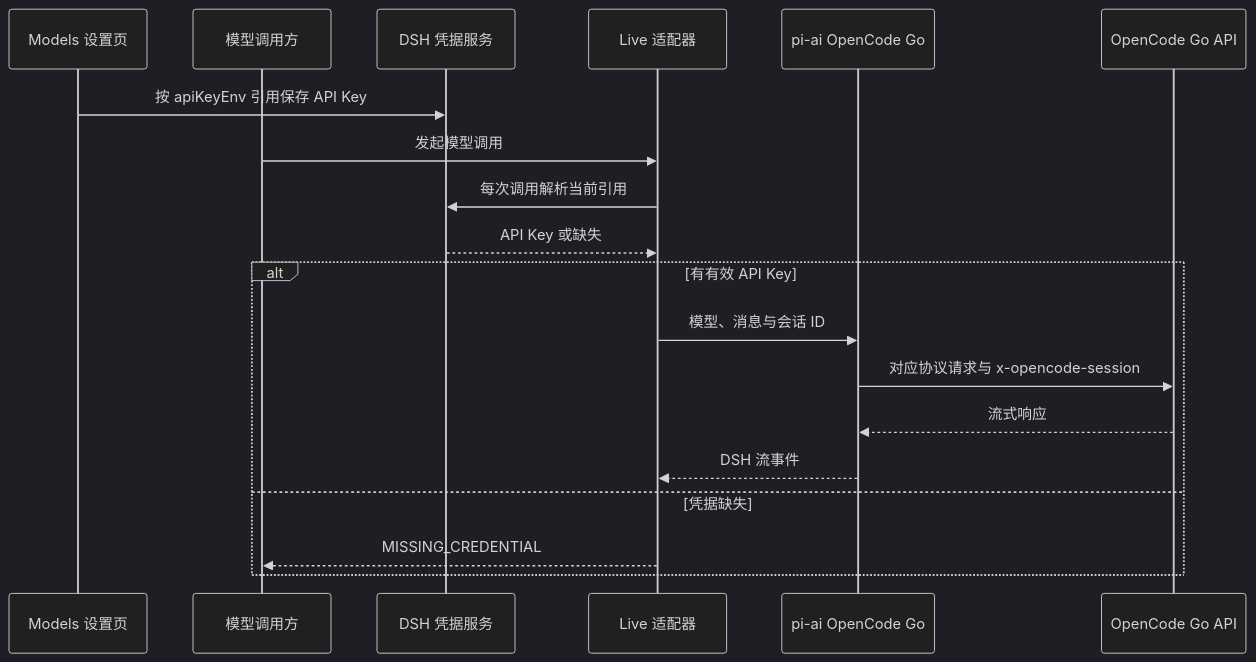
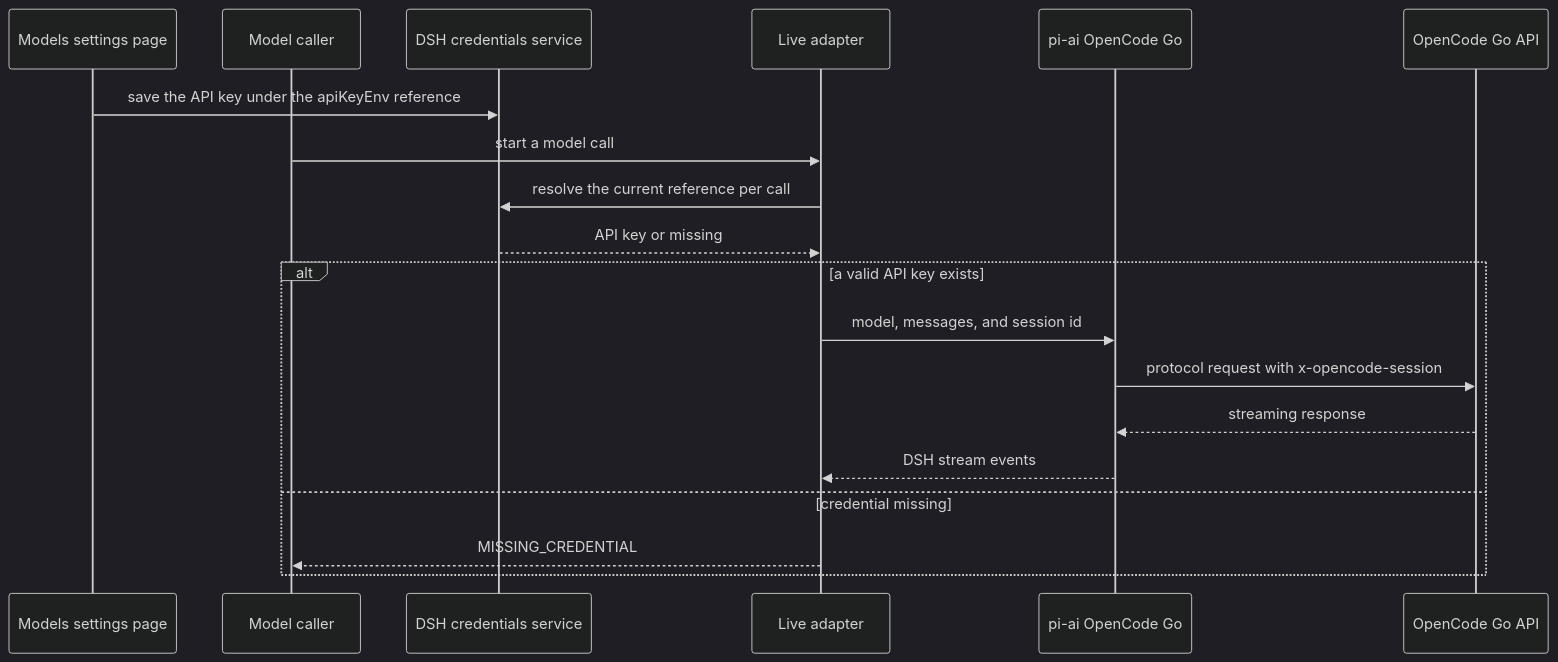
One commit to SkylerFee/dsh-llm-opencode-go-live changed the third of 3 diagrams in docs/opencode-go-live-dynamic-catalog-design.md. Above: the diagram before and after it, drawn with Mermaid (dark theme). The commit also changed other lines of this file and 7 other files, not shown here.

````diff
--- a/docs/opencode-go-live-dynamic-catalog-design.md
+++ b/docs/opencode-go-live-dynamic-catalog-design.md
@@ -77,21 +79,21 @@
 ```mermaid
 sequenceDiagram
-    participant UI as Models 设置页
-    participant Caller as 模型调用方
-    participant Credentials as DSH 凭据服务
-    participant Adapter as Live 适配器
+    participant UI as Models settings page
+    participant Caller as Model caller
+    participant Credentials as DSH credentials service
+    participant Adapter as Live adapter
     participant PiAi as pi-ai OpenCode Go
     participant API as OpenCode Go API
-    UI->>Credentials: 按 apiKeyEnv 引用保存 API Key
-    Caller->>Adapter: 发起模型调用
-    Adapter->>Credentials: 每次调用解析当前引用
-    Credentials-->>Adapter: API Key 或缺失
-    alt 有有效 API Key
-        Adapter->>PiAi: 模型、消息与会话 ID
-        PiAi->>API: 对应协议请求与 x-opencode-session
-        API-->>PiAi: 流式响应
-        PiAi-->>Adapter: DSH 流事件
-    else 凭据缺失
+    UI->>Credentials: save the API key under the apiKeyEnv reference
+    Caller->>Adapter: start a model call
+    Adapter->>Credentials: resolve the current reference per call
+    Credentials-->>Adapter: API key or missing
+    alt a valid API key exists
+        Adapter->>PiAi: model, messages, and session id
+        PiAi->>API: protocol request with x-opencode-session
+        API-->>PiAi: streaming response
+        PiAi-->>Adapter: DSH stream events
+    else credential missing
         Adapter-->>Caller: MISSING_CREDENTIAL
     end
 ```
````
